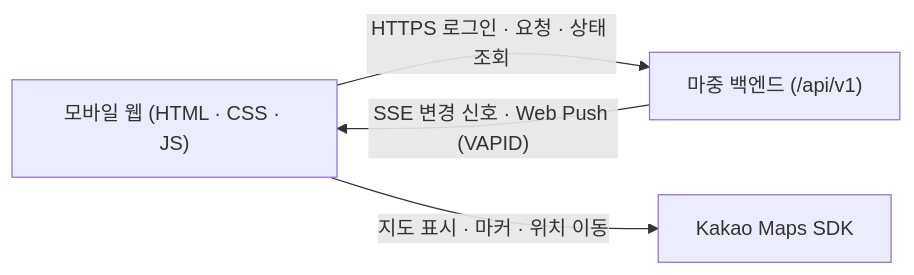
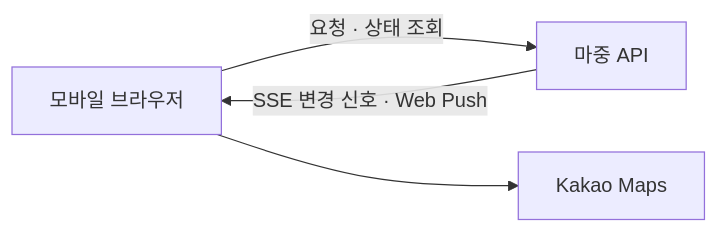
The diagram in README.md (majung-team/majung-web), drawn with Mermaid before and after one commit. The commit also changed other lines of this file, not shown here.

````diff
--- a/README.md
+++ b/README.md
@@ -39,6 +61,6 @@
 ```mermaid
 flowchart LR
-    Web["모바일 웹 (HTML · CSS · JS)"] -->|"HTTPS 로그인 · 요청 · 상태 조회"| API["마중 백엔드 (/api/v1)"]
-    API -->|"SSE 변경 신호 · Web Push (VAPID)"| Web
-    Web -->|"지도 표시 · 마커 · 위치 이동"| Map["Kakao Maps SDK"]
+    Web["모바일 브라우저"] -->|"요청 · 상태 조회"| API["마중 API"]
+    API -->|"SSE 변경 신호 · Web Push"| Web
+    Web --> Map["Kakao Maps"]
 ```
````
